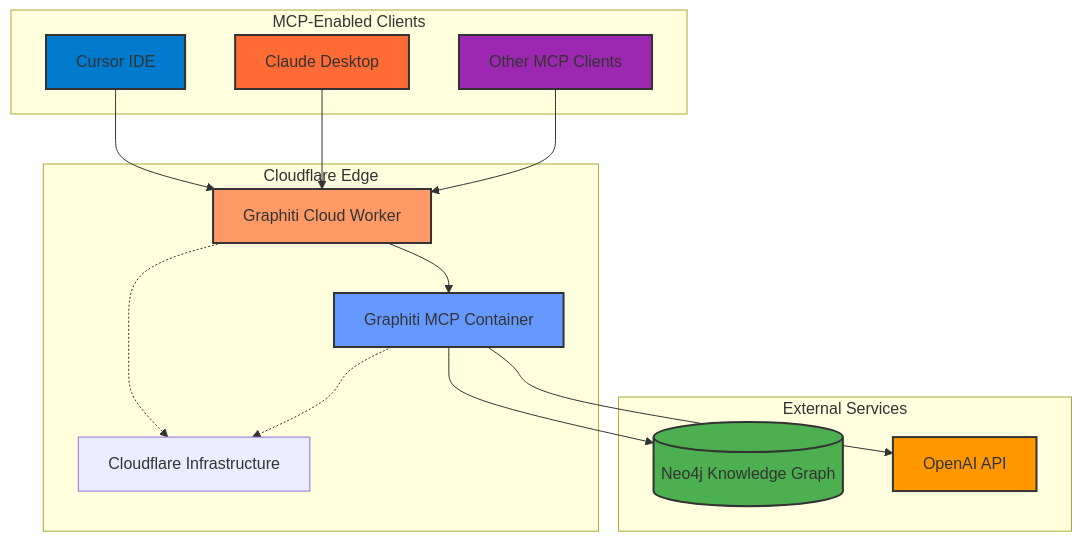
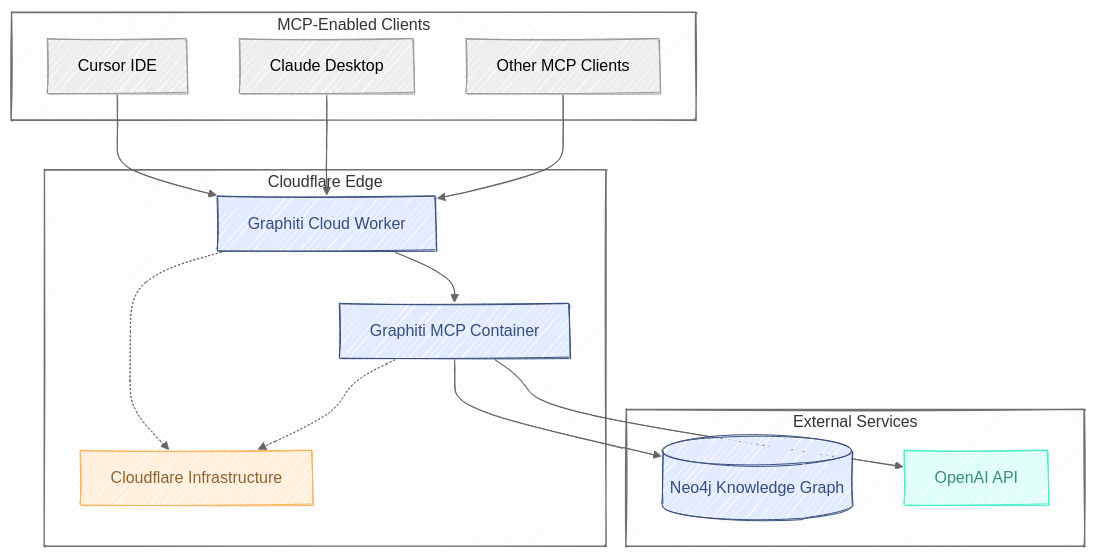
One commit to adam-paterson/cloudflare-grafitti-mcp-server changed the diagram in README.md. Above: the diagram before and after it, drawn with Mermaid. The commit also changed 4 other files, not shown here.

````diff
--- a/README.md
+++ b/README.md
@@ -24,38 +26,48 @@
 ```mermaid
-graph TB
-    Cursor[Cursor IDE] --> Worker[Graphiti Cloud Worker]
-    Claude[Claude Desktop] --> Worker
-    MCPClient[Other MCP Clients] --> Worker
-
-    Worker --> Container[Graphiti MCP Container]
-    Container --> Neo4j[(Neo4j Knowledge Graph)]
-    Container --> OpenAI[OpenAI API]
-
-    Worker -.-> CF[Cloudflare Infrastructure]
+---
+config:
+  theme: neutral
+  look: handDrawn
+  layout: dagre
+---
+flowchart TB
+ subgraph subGraph0["MCP-Enabled Clients"]
+        Cursor["Cursor IDE"]
+        Claude["Claude Desktop"]
+        MCPClient["Other MCP Clients"]
+  end
+ subgraph subGraph1["Cloudflare Edge"]
+        Worker["Graphiti Cloud Worker"]
+        Container["Graphiti MCP Container"]
+        CF["Cloudflare Infrastructure"]
+  end
+ subgraph subGraph2["External Services"]
+        Neo4j[("Neo4j Knowledge Graph")]
+        OpenAI["OpenAI API"]
+  end
+    Cursor --> Worker
+    Claude --> Worker
+    MCPClient --> Worker
+    Worker --> Container
+    Container --> Neo4j & OpenAI
+    Worker -.-> CF
     Container -.-> CF
-
-    subgraph "MCP-Enabled Clients"
-        Cursor
-        Claude
-        MCPClient
-    end
-
-    subgraph "Cloudflare Edge"
-        Worker
-        Container
-        CF
-    end
-
-    subgraph "External Services"
-        Neo4j
-        OpenAI
-    end
-
-    style Cursor fill:#007ACC,stroke:#333,stroke-width:2px
-    style Claude fill:#FF6B35,stroke:#333,stroke-width:2px
-    style MCPClient fill:#9C27B0,stroke:#333,stroke-width:2px
-    style Worker fill:#f96,stroke:#333,stroke-width:2px
-    style Container fill:#69f,stroke:#333,stroke-width:2px
-    style Neo4j fill:#4CAF50,stroke:#333,stroke-width:2px
-    style OpenAI fill:#FF9800,stroke:#333,stroke-width:2px
+     Cursor:::Aqua
+     Cursor:::Ash
+     Claude:::Pine
+     Claude:::Peach
+     Claude:::Ash
+     MCPClient:::Rose
+     MCPClient:::Ash
+     Worker:::Sky
+     Container:::Sky
+     CF:::Peach
+     Neo4j:::Sky
+     OpenAI:::Aqua
+    classDef Pine stroke-width:1px, stroke-dasharray:none, stroke:#254336, fill:#27654A, color:#FFFFFF
+    classDef Ash stroke-width:1px, stroke-dasharray:none, stroke:#999999, fill:#EEEEEE, color:#000000
+    classDef Rose stroke-width:1px, stroke-dasharray:none, stroke:#FF5978, fill:#FFDFE5, color:#8E2236
+    classDef Peach stroke-width:1px, stroke-dasharray:none, stroke:#FBB35A, fill:#FFEFDB, color:#8F632D
+    classDef Sky stroke-width:1px, stroke-dasharray:none, stroke:#374D7C, fill:#E2EBFF, color:#374D7C
+    classDef Aqua stroke-width:1px, stroke-dasharray:none, stroke:#46EDC8, fill:#DEFFF8, color:#378E7A
 ```
````
